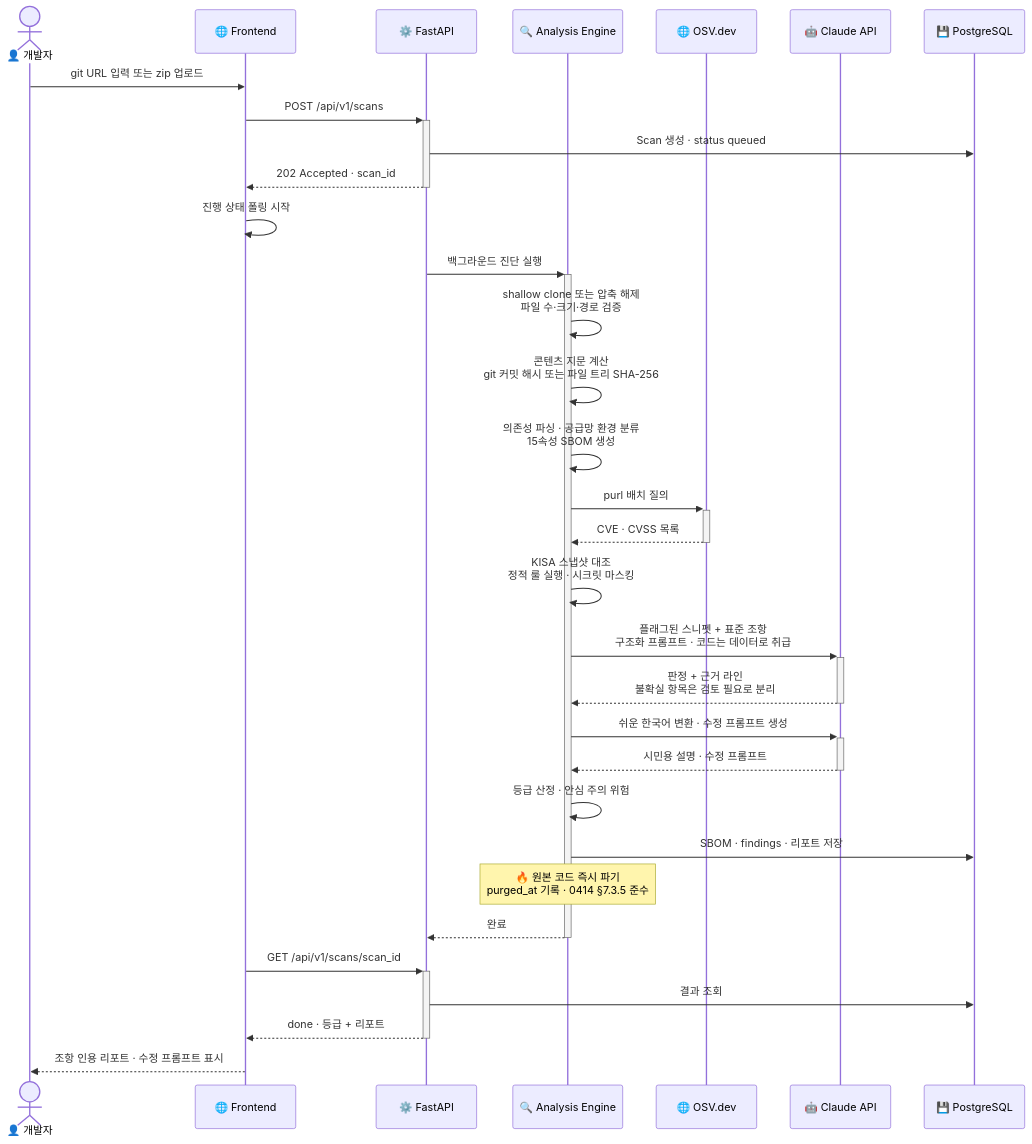
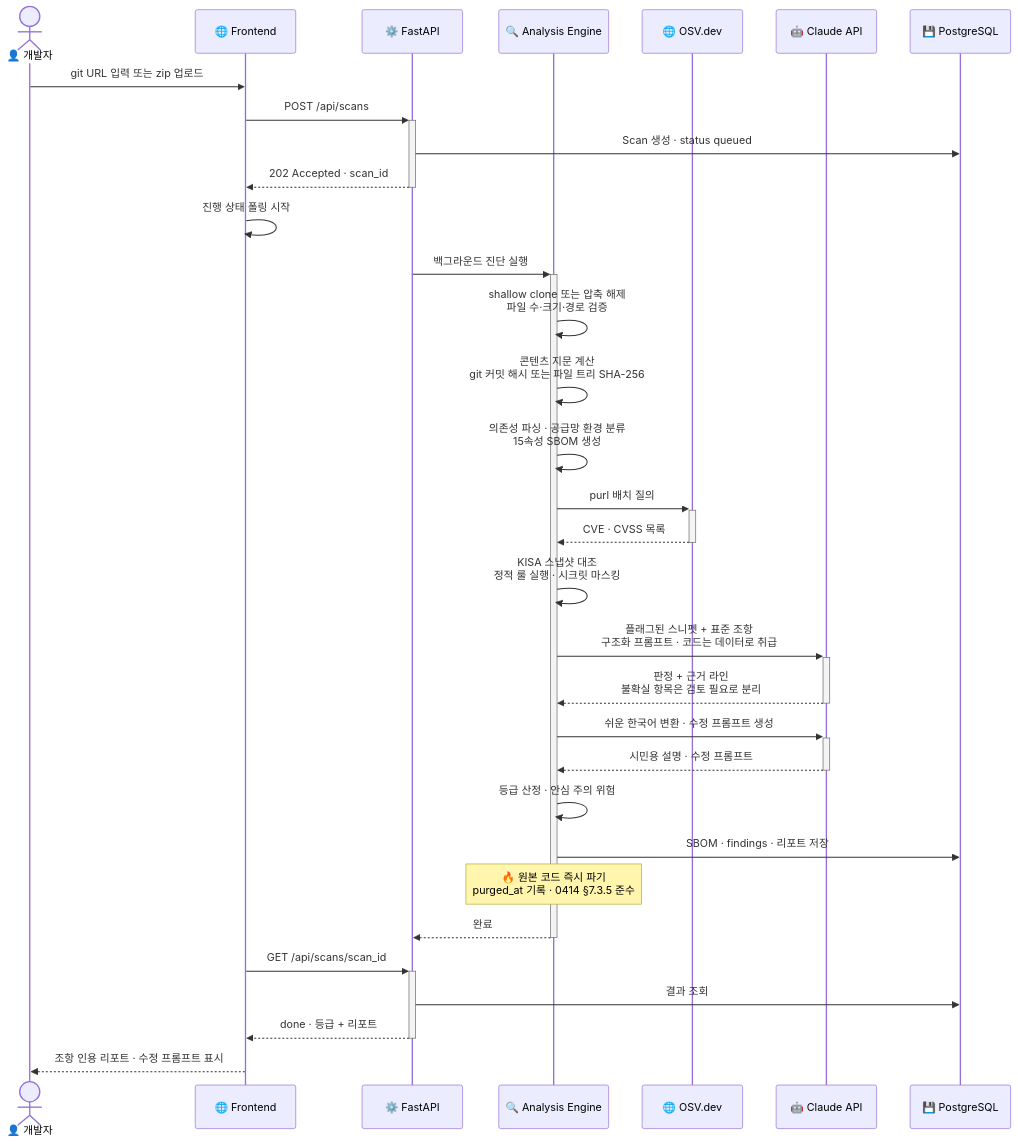
Before and after one commit to fmaPark/ansim-code: the second of 4 diagrams in docs/tdd.md, drawn with Mermaid. The commit also changed other lines of this file, not shown here.

````diff
--- a/docs/tdd.md
+++ b/docs/tdd.md
@@ -242,37 +243,37 @@
 ```mermaid
 sequenceDiagram
     actor Dev as 👤 개발자
     participant FE as 🌐 Frontend
     participant API as ⚙️ FastAPI
     participant ENG as 🔍 Analysis Engine
     participant OSV as 🌐 OSV.dev
     participant LLM as 🤖 Claude API
     participant DB as 💾 PostgreSQL
 
     Dev->>FE: git URL 입력 또는 zip 업로드
-    FE->>+API: POST /api/v1/scans
+    FE->>+API: POST /api/scans
     API->>DB: Scan 생성 · status queued
     API-->>-FE: 202 Accepted · scan_id
     FE->>FE: 진행 상태 폴링 시작
 
     API->>+ENG: 백그라운드 진단 실행
     ENG->>ENG: shallow clone 또는 압축 해제<br/>파일 수·크기·경로 검증
     ENG->>ENG: 콘텐츠 지문 계산<br/>git 커밋 해시 또는 파일 트리 SHA-256
     ENG->>ENG: 의존성 파싱 · 공급망 환경 분류<br/>15속성 SBOM 생성
     ENG->>+OSV: purl 배치 질의
     OSV-->>-ENG: CVE · CVSS 목록
     ENG->>ENG: KISA 스냅샷 대조<br/>정적 룰 실행 · 시크릿 마스킹
     ENG->>+LLM: 플래그된 스니펫 + 표준 조항<br/>구조화 프롬프트 · 코드는 데이터로 취급
     LLM-->>-ENG: 판정 + 근거 라인<br/>불확실 항목은 검토 필요로 분리
     ENG->>+LLM: 쉬운 한국어 변환 · 수정 프롬프트 생성
     LLM-->>-ENG: 시민용 설명 · 수정 프롬프트
     ENG->>ENG: 등급 산정 · 안심 주의 위험
     ENG->>DB: SBOM · findings · 리포트 저장
     Note over ENG: 🔥 원본 코드 즉시 파기<br/>purged_at 기록 · 0414 §7.3.5 준수
     ENG-->>-API: 완료
 
-    FE->>+API: GET /api/v1/scans/scan_id
+    FE->>+API: GET /api/scans/scan_id
     API->>DB: 결과 조회
     API-->>-FE: done · 등급 + 리포트
     FE-->>Dev: 조항 인용 리포트 · 수정 프롬프트 표시
 ```
````
